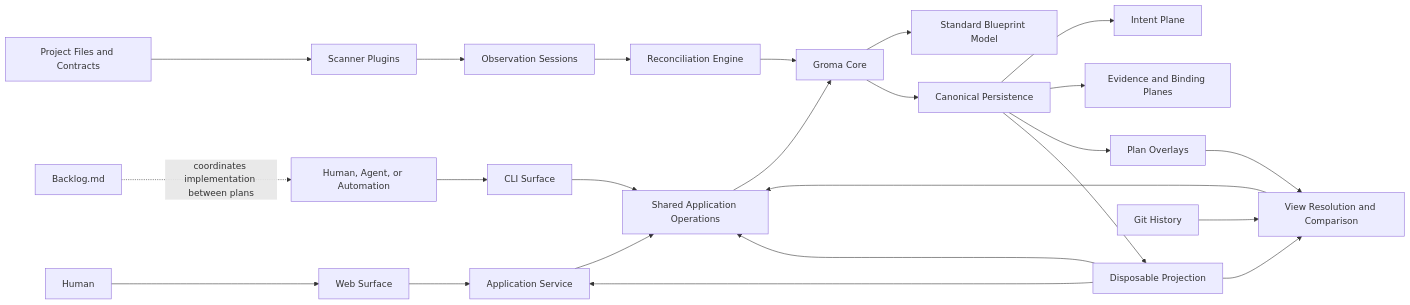
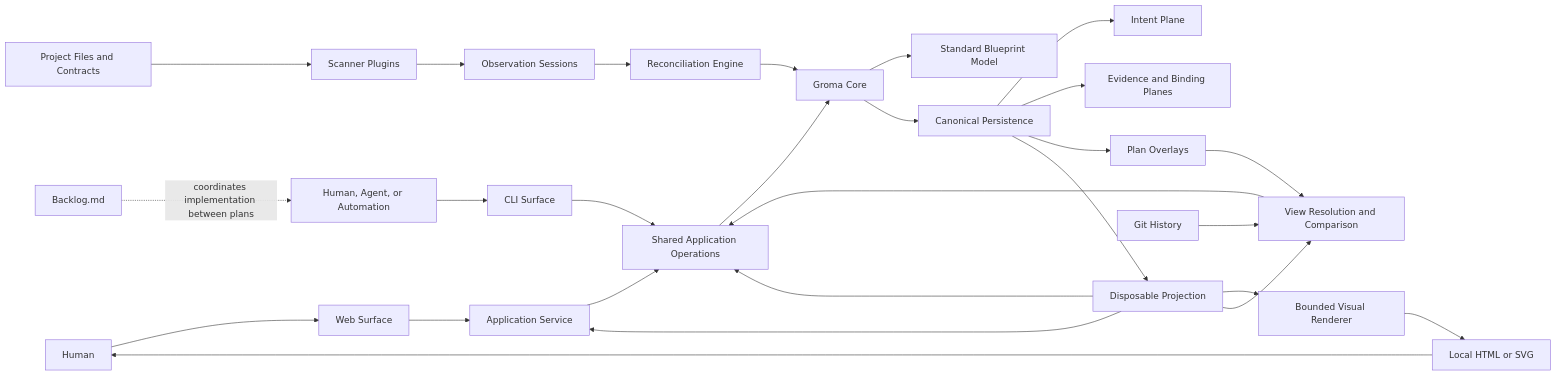
The first of 3 diagrams in ARCHITECTURE.md (MrLesk/Groma.md), drawn with Mermaid before and after one commit. The commit also changed other lines of this file and 38 other files, not shown here.

````diff
--- a/ARCHITECTURE.md
+++ b/ARCHITECTURE.md
@@ -118,33 +146,36 @@
 ```mermaid
 flowchart LR
     Human["Human"] --> Web["Web Surface"]
     Actor["Human, Agent, or Automation"] --> CLI["CLI Surface"]
 
     Web --> Service["Application Service"]
     CLI --> Operations["Shared Application Operations"]
     Service --> Operations
 
     Project["Project Files and Contracts"] --> Scanner["Scanner Plugins"]
     Scanner --> Sessions["Observation Sessions"]
     Sessions --> Reconciler["Reconciliation Engine"]
 
     Operations --> Core["Groma Core"]
     Reconciler --> Core
     Core --> Model["Standard Blueprint Model"]
 
     Core --> Store["Canonical Persistence"]
     Store --> Intent["Intent Plane"]
     Store --> Evidence["Evidence and Binding Planes"]
     Store --> Plans["Plan Overlays"]
     Store --> Index["Disposable Projection"]
 
     Index --> Operations
     Index --> Service
+    Index --> Renderer["Bounded Visual Renderer"]
+    Renderer --> Artifact["Local HTML or SVG"]
+    Artifact --> Human
 
     Git["Git History"] --> Views["View Resolution and Comparison"]
     Plans --> Views
     Index --> Views
     Views --> Operations
 
     Backlog["Backlog.md"] -. "coordinates implementation between plans" .-> Actor
 ```
````
